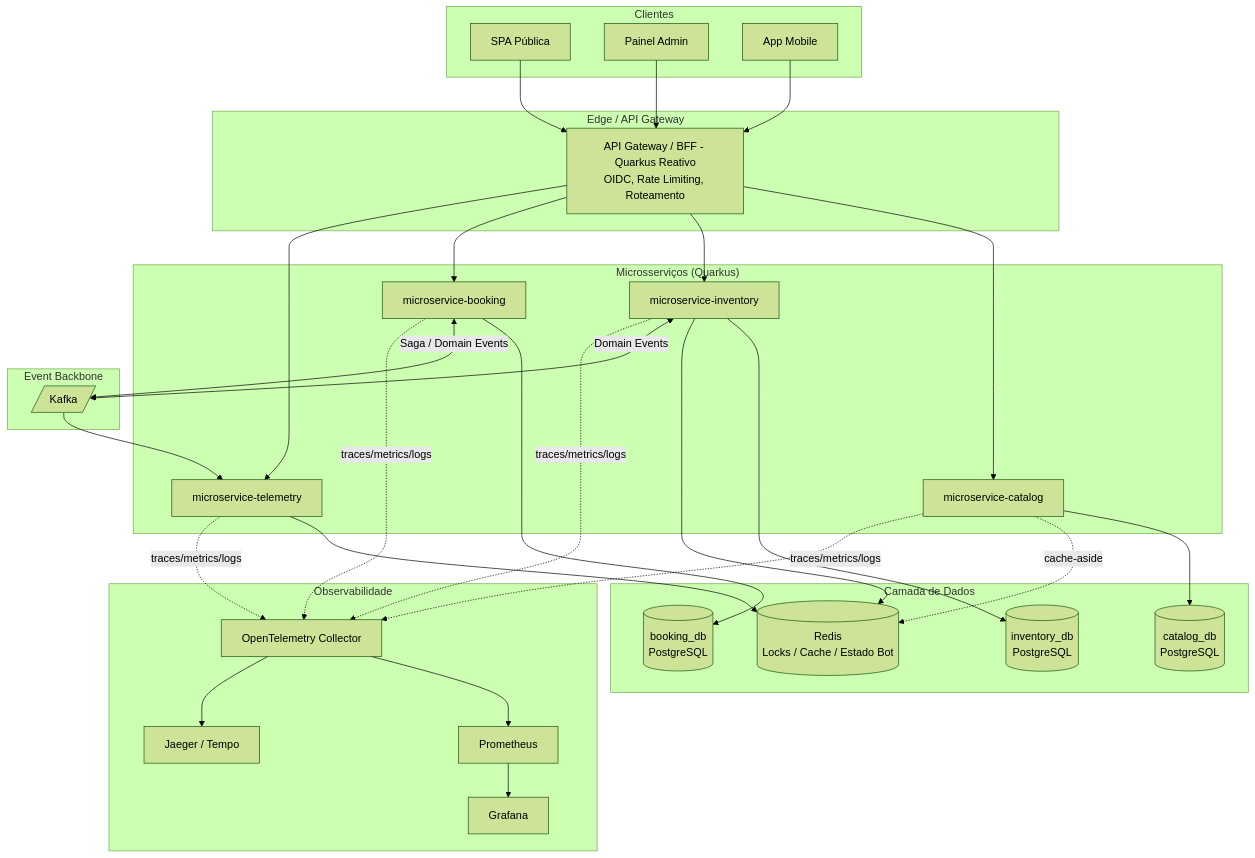
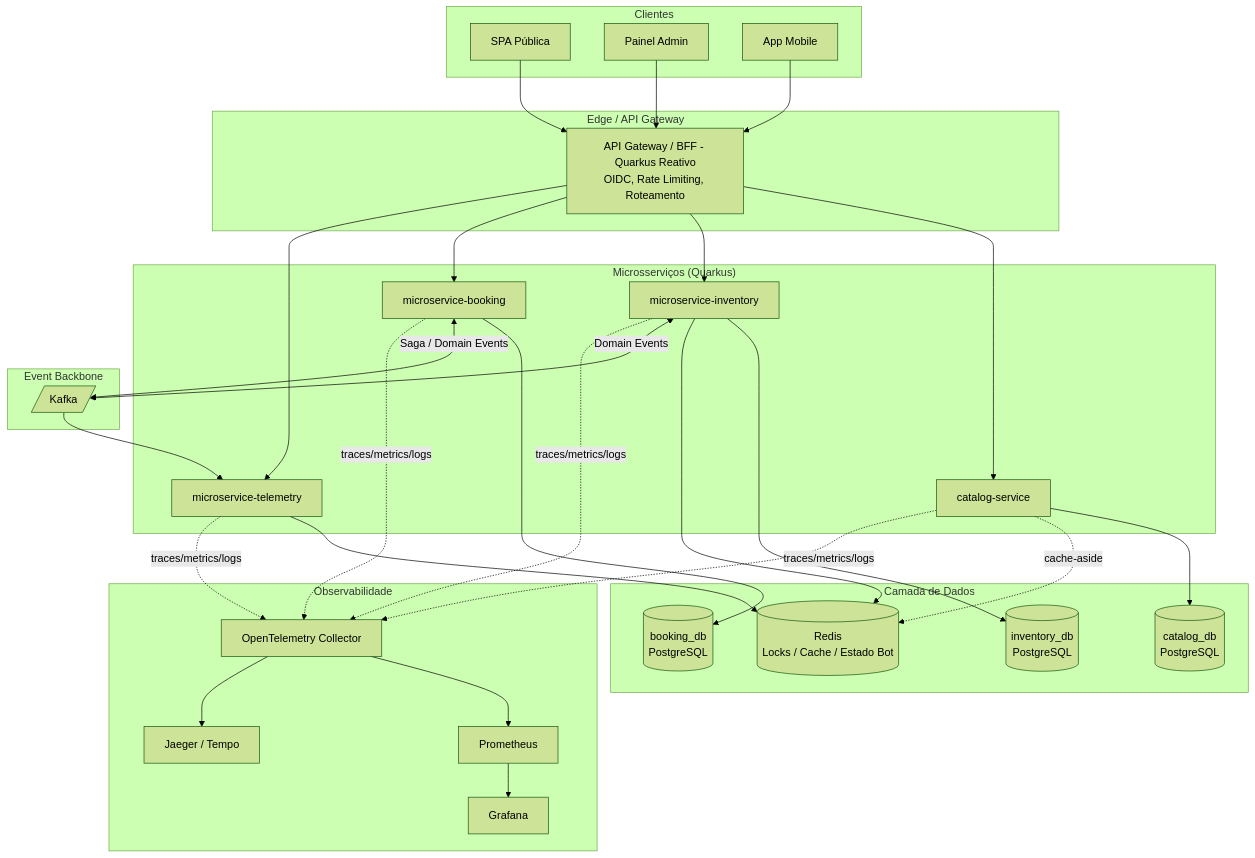
The first of 4 diagrams in ticketmonster/docs/olds/proposta_arquitetura_referencia.md (junior-vs/ticket-monster), drawn with Mermaid (forest theme) before and after one commit. The commit also changed 70 other files, not shown here.

First line of the commit message:
refactor: rename microservice-catalog to catalog-service across documentation and codebase

````diff
--- a/ticketmonster/docs/olds/proposta_arquitetura_referencia.md
+++ b/ticketmonster/docs/olds/proposta_arquitetura_referencia.md
@@ -11,65 +11,65 @@
 ```mermaid
 flowchart TB
     subgraph Clientes
         WEB[SPA Pública]
         ADM[Painel Admin]
         MOB[App Mobile]
     end
 
     subgraph Edge["Edge / API Gateway"]
         GW[API Gateway / BFF - Quarkus Reativo<br/>OIDC, Rate Limiting, Roteamento]
     end
 
     WEB --> GW
     ADM --> GW
     MOB --> GW
 
     subgraph Services["Microsserviços (Quarkus)"]
-        CAT[microservice-catalog]
+        CAT[catalog-service]
         INV[microservice-inventory]
         BOOK[microservice-booking]
         TEL[microservice-telemetry]
     end
 
     GW --> CAT
     GW --> INV
     GW --> BOOK
     GW --> TEL
 
     subgraph Data["Camada de Dados"]
         CATDB[(catalog_db<br/>PostgreSQL)]
         INVDB[(inventory_db<br/>PostgreSQL)]
         BOOKDB[(booking_db<br/>PostgreSQL)]
         REDIS[(Redis<br/>Locks / Cache / Estado Bot)]
     end
 
     CAT --> CATDB
     INV --> INVDB
     BOOK --> BOOKDB
     INV --> REDIS
     CAT -.cache-aside.-> REDIS
     TEL --> REDIS
 
     subgraph Backbone["Event Backbone"]
         KAFKA[/Kafka/]
     end
 
     BOOK <-- Saga / Domain Events --> KAFKA
     INV <-- Domain Events --> KAFKA
     KAFKA --> TEL
 
     subgraph Obs["Observabilidade"]
         OTEL[OpenTelemetry Collector]
         PROM[Prometheus]
         GRAF[Grafana]
         JAEG[Jaeger / Tempo]
     end
 
     CAT -.traces/metrics/logs.-> OTEL
     INV -.traces/metrics/logs.-> OTEL
     BOOK -.traces/metrics/logs.-> OTEL
     TEL -.traces/metrics/logs.-> OTEL
     OTEL --> PROM
     OTEL --> JAEG
     PROM --> GRAF
 ```
````
